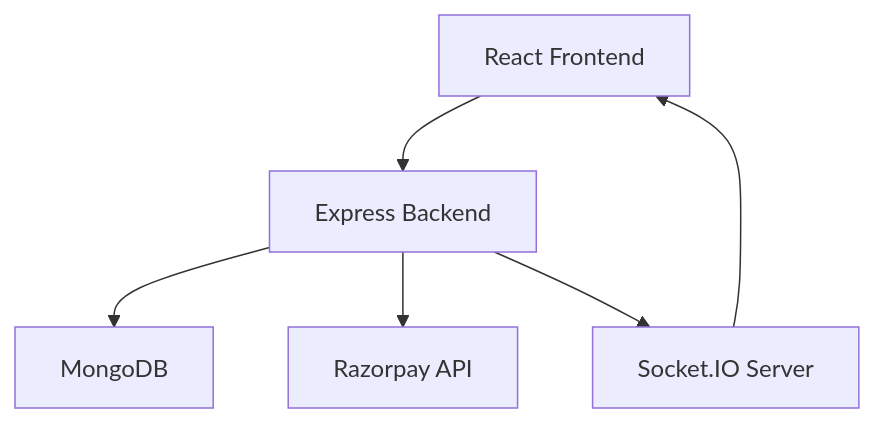
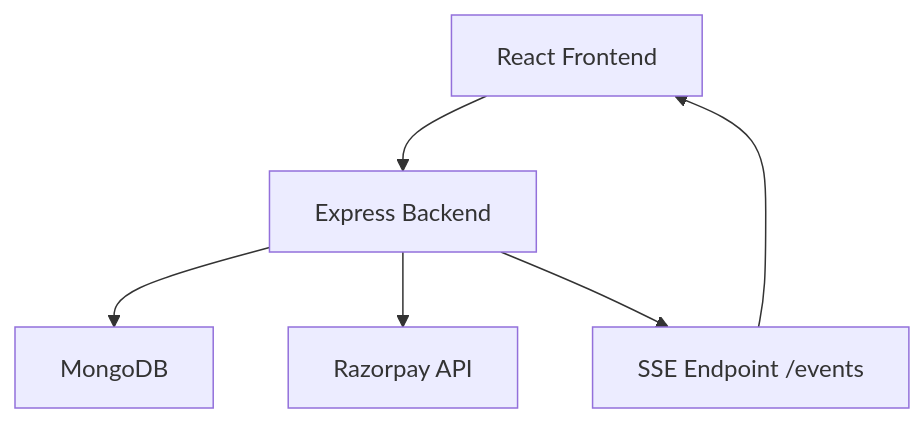
The first of 4 diagrams in README.md (priya3054/zerodha-specmatic), drawn with Mermaid before and after one commit. The commit also changed other lines of this file and 16 other files, not shown here.

First line of the commit message:
feat(realtime): replace Socket.IO with SSE, fix Specmatic license mount

````diff
--- a/README.md
+++ b/README.md
@@ -72,11 +72,11 @@
 ```mermaid
 flowchart TD
 
 A[React Frontend] --> B[Express Backend]
 
 B --> C[MongoDB]
 B --> D[Razorpay API]
-B --> E[Socket.IO Server]
+B --> E[SSE Endpoint /events]
 
 E --> A
 ```
````
